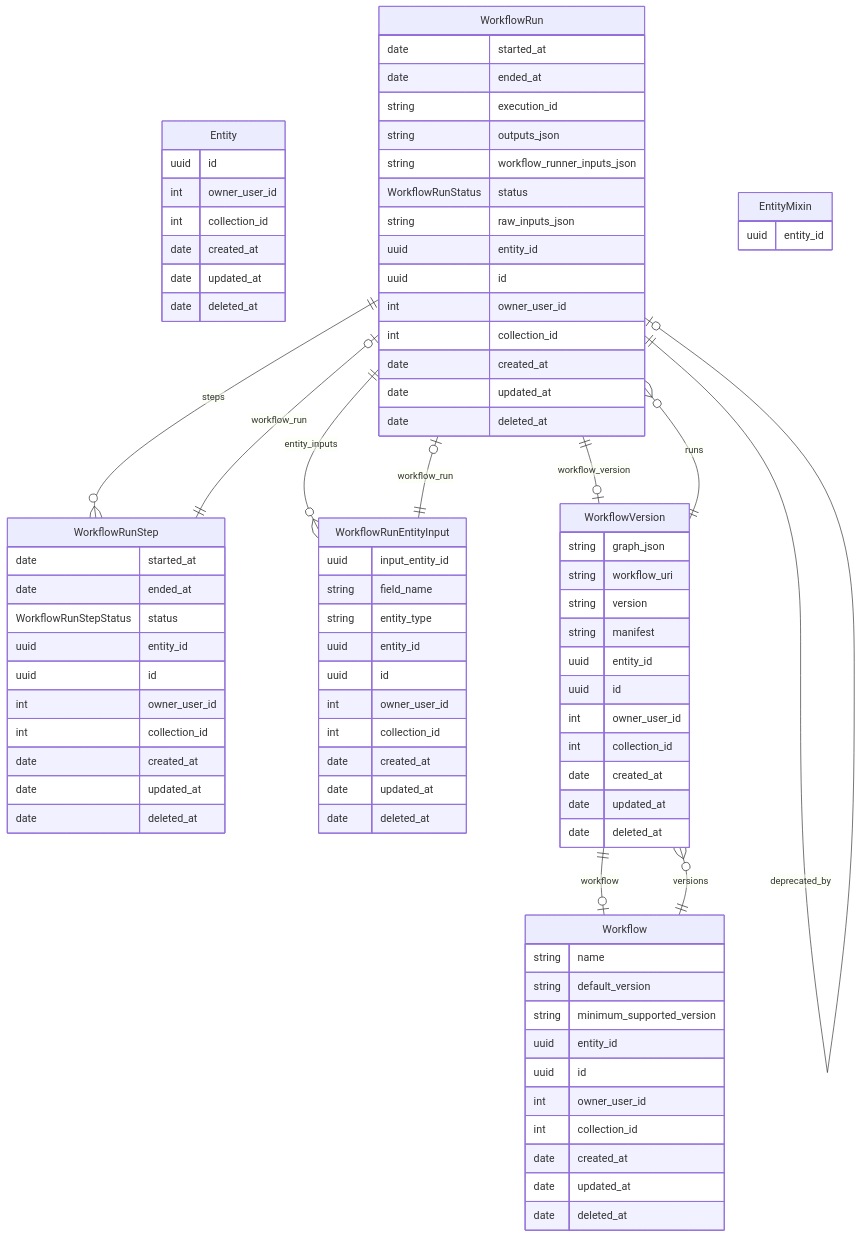
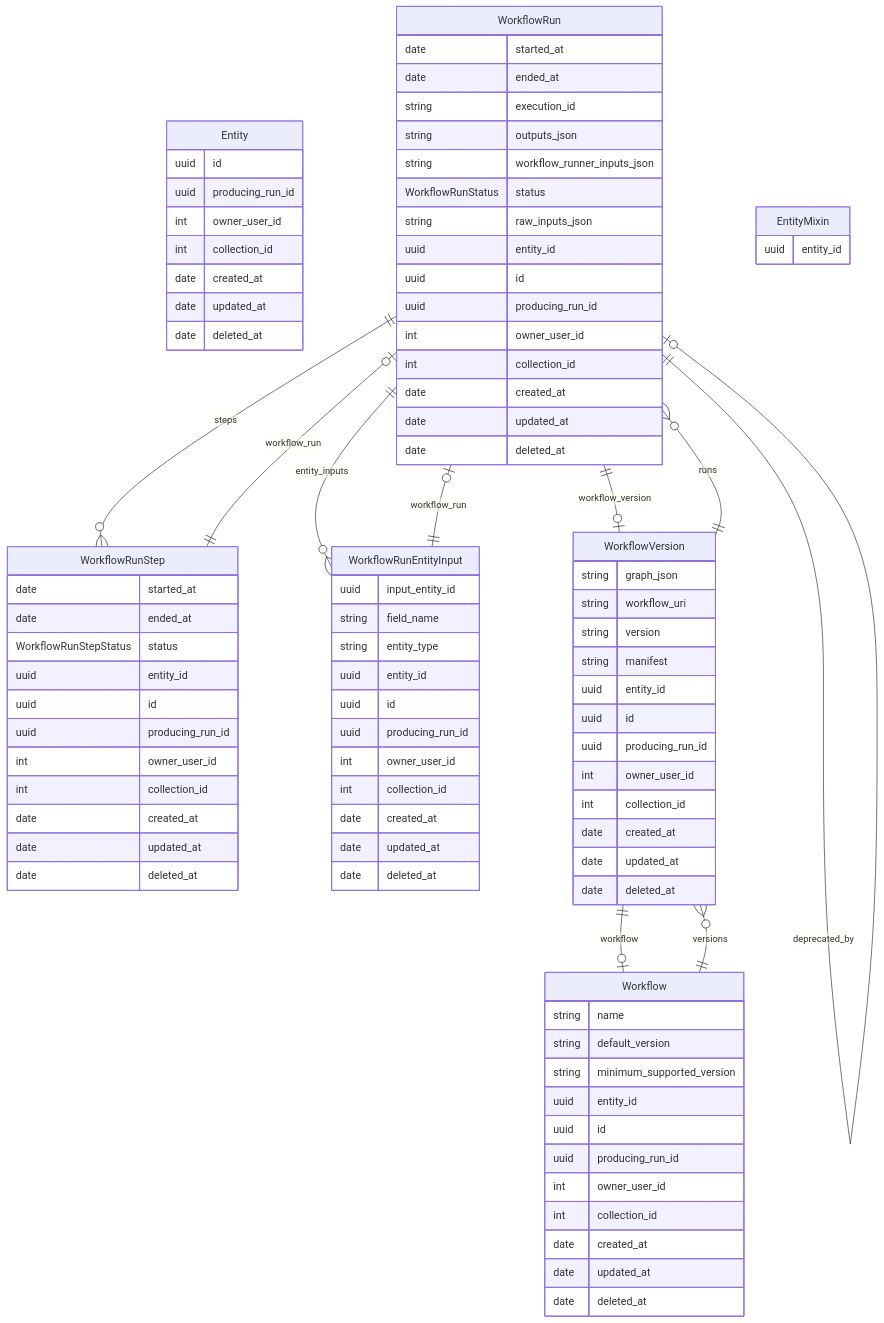
The diagram in workflows/schema/README.md (chanzuckerberg/czid-platformics), drawn with Mermaid before and after one commit. The commit also changed 8 other files, not shown here.

```diff
--- a/workflows/schema/README.md
+++ b/workflows/schema/README.md
@@ -2,6 +2,7 @@
 erDiagram
 Entity {
     uuid id  
+    uuid producing_run_id  
     int owner_user_id  
     int collection_id  
     date created_at  
@@ -18,6 +19,7 @@
     string raw_inputs_json  
     uuid entity_id  
     uuid id  
+    uuid producing_run_id  
     int owner_user_id  
     int collection_id  
     date created_at  
@@ -30,6 +32,7 @@
     string minimum_supported_version  
     uuid entity_id  
     uuid id  
+    uuid producing_run_id  
     int owner_user_id  
     int collection_id  
     date created_at  
@@ -42,6 +45,7 @@
     WorkflowRunStepStatus status  
     uuid entity_id  
     uuid id  
+    uuid producing_run_id  
     int owner_user_id  
     int collection_id  
     date created_at  
@@ -54,6 +58,7 @@
     string entity_type  
     uuid entity_id  
     uuid id  
+    uuid producing_run_id  
     int owner_user_id  
     int collection_id  
     date created_at  
@@ -67,6 +72,7 @@
     string manifest  
     uuid entity_id  
     uuid id  
+    uuid producing_run_id  
     int owner_user_id  
     int collection_id  
     date created_at  
```
